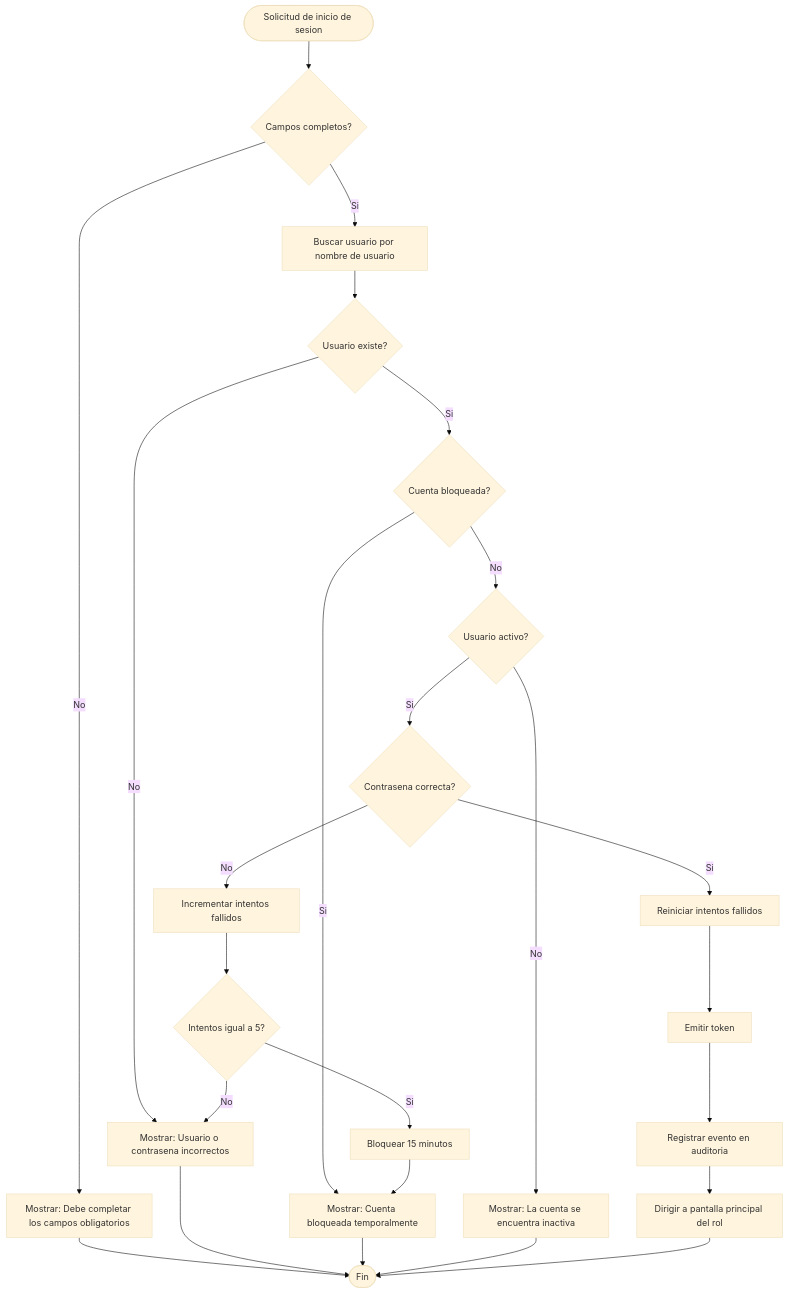
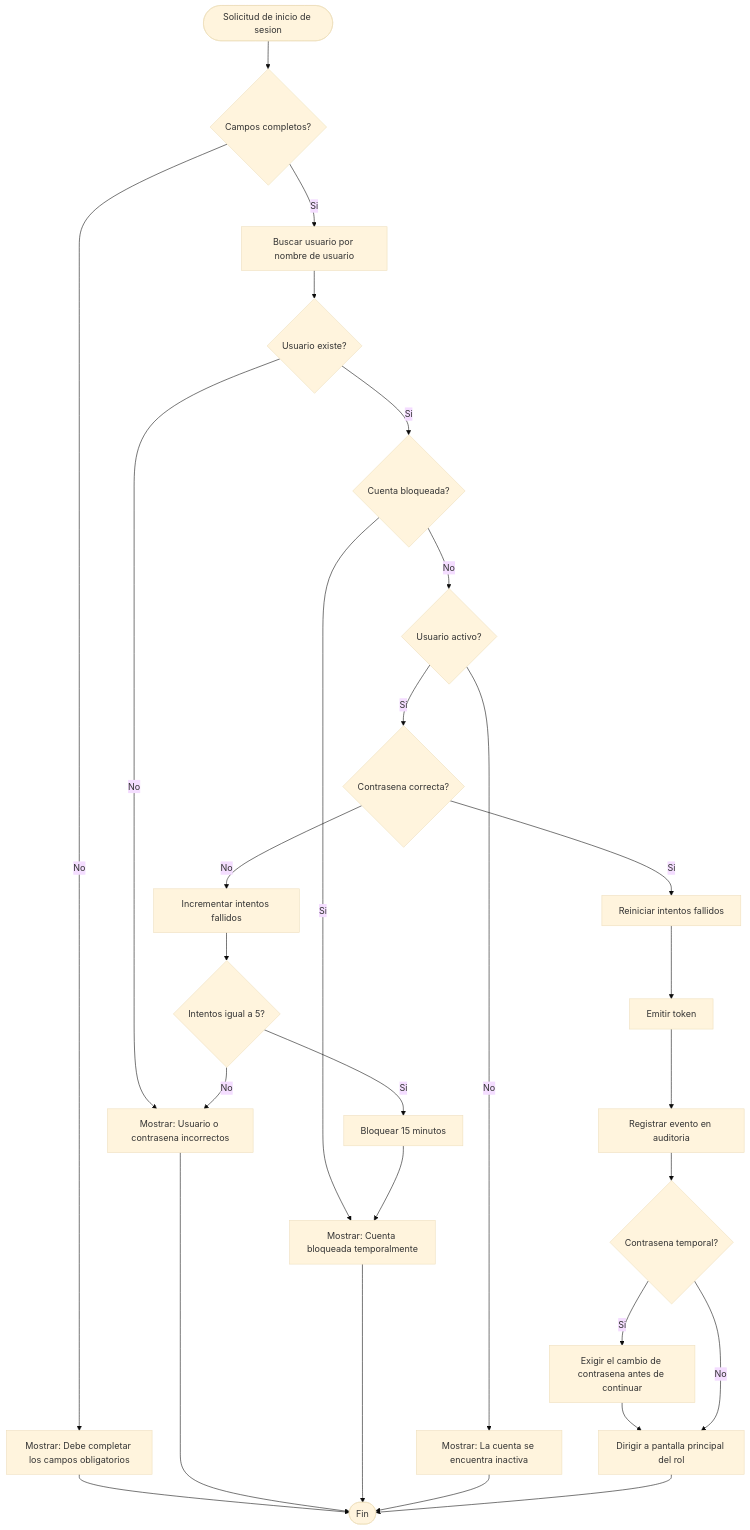
One commit to adlerOmonte1/LogisticaMinera changed the first of 2 diagrams in docs/modulos/M01-autenticacion/diagramas/actividades.md. Above: the diagram before and after it, drawn with Mermaid (base theme). The commit also changed other lines of this file and 72 other files, not shown here.

````diff
--- a/docs/modulos/M01-autenticacion/diagramas/actividades.md
+++ b/docs/modulos/M01-autenticacion/diagramas/actividades.md
@@ -5,27 +5,30 @@
 ```mermaid
 flowchart TD
     Start([Solicitud de inicio de sesion]) --> V1{Campos completos?}
     V1 -->|No| E1[Mostrar: Debe completar los campos obligatorios]
     E1 --> Fin([Fin])
     V1 -->|Si| B1[Buscar usuario por nombre de usuario]
     B1 --> V2{Usuario existe?}
     V2 -->|No| E2[Mostrar: Usuario o contrasena incorrectos]
     E2 --> Fin
     V2 -->|Si| V3{Cuenta bloqueada?}
     V3 -->|Si| E3[Mostrar: Cuenta bloqueada temporalmente]
     E3 --> Fin
     V3 -->|No| V4{Usuario activo?}
     V4 -->|No| E4[Mostrar: La cuenta se encuentra inactiva]
     E4 --> Fin
     V4 -->|Si| V5{Contrasena correcta?}
     V5 -->|No| I1[Incrementar intentos fallidos]
     I1 --> V6{Intentos igual a 5?}
     V6 -->|Si| B2[Bloquear 15 minutos]
     B2 --> E3
     V6 -->|No| E2
     V5 -->|Si| R1[Reiniciar intentos fallidos]
     R1 --> T1[Emitir token]
     T1 --> A1[Registrar evento en auditoria]
-    A1 --> D1[Dirigir a pantalla principal del rol]
+    A1 --> V7{Contrasena temporal?}
+    V7 -->|Si| C1[Exigir el cambio de contrasena antes de continuar]
+    C1 --> D1
+    V7 -->|No| D1[Dirigir a pantalla principal del rol]
     D1 --> Fin
 ```
````
